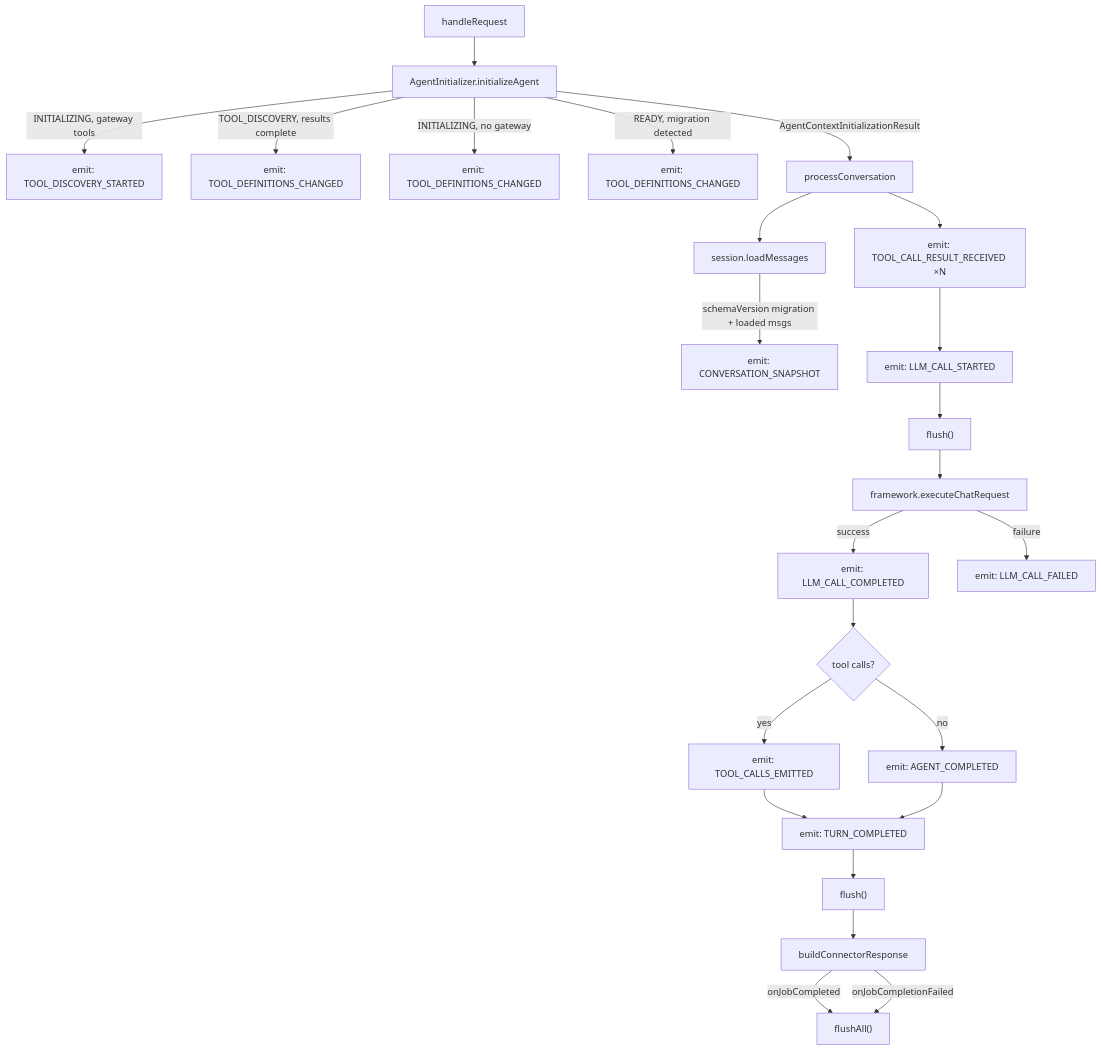
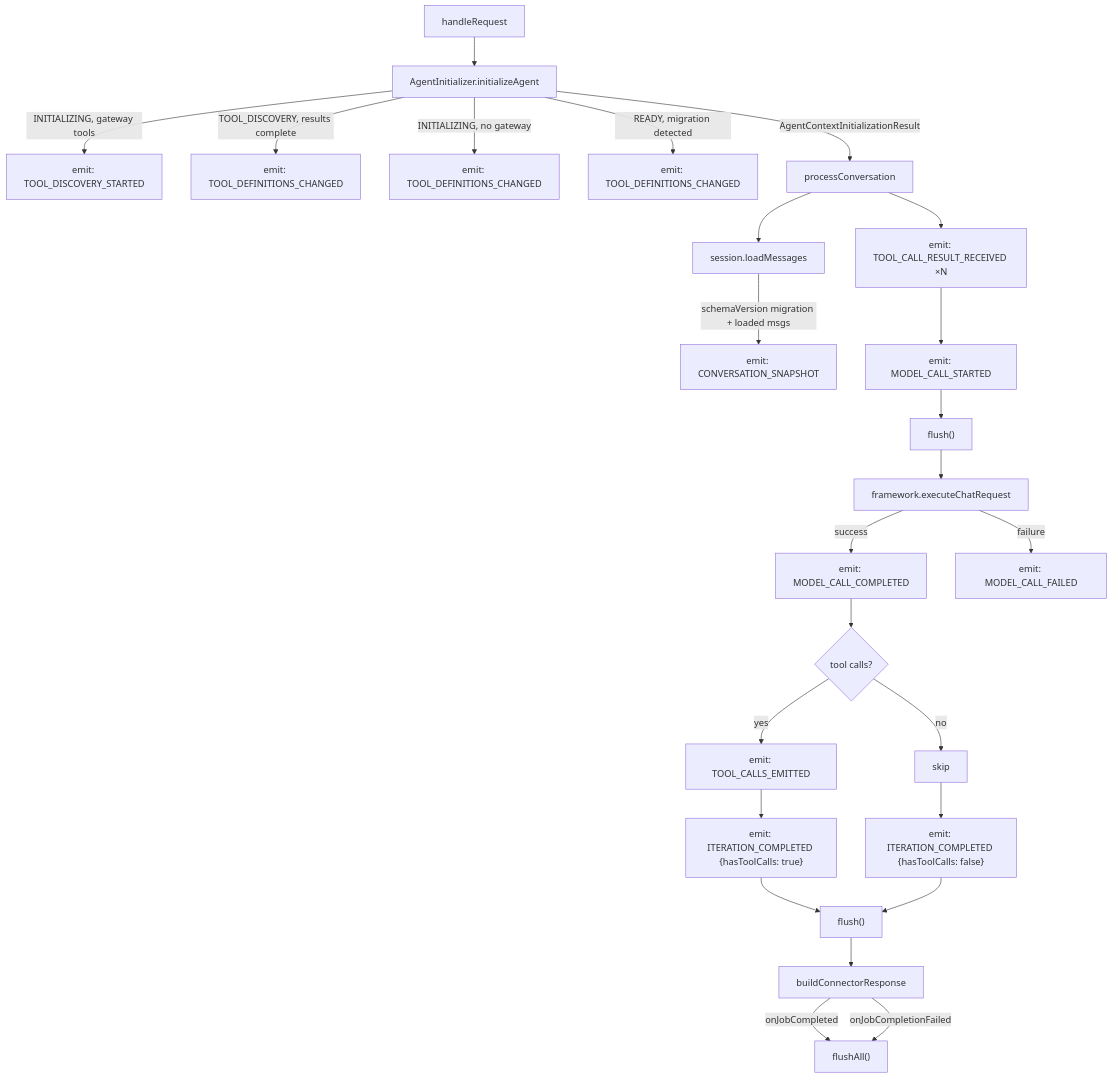
The sixth of 7 diagrams in connectors/agentic-ai/docs/tracing/design.md (camunda/connectors), drawn with Mermaid before and after one commit. The commit also changed other lines of this file and 1 other file, not shown here.

````diff
--- a/connectors/agentic-ai/docs/tracing/design.md
+++ b/connectors/agentic-ai/docs/tracing/design.md
@@ -699,27 +907,28 @@
 ```mermaid
 flowchart TD
     START[handleRequest] --> INIT[AgentInitializer.initializeAgent]
     INIT --> |INITIALIZING, gateway tools| TD_S["emit: TOOL_DISCOVERY_STARTED"]
     INIT --> |TOOL_DISCOVERY, results complete| TD_C["emit: TOOL_DEFINITIONS_CHANGED"]
     INIT --> |INITIALIZING, no gateway| TDC_INIT["emit: TOOL_DEFINITIONS_CHANGED"]
     INIT --> |READY, migration detected| TDC_MIG["emit: TOOL_DEFINITIONS_CHANGED"]
 
     INIT --> |AgentContextInitializationResult| PROC[processConversation]
     PROC --> LOAD[session.loadMessages]
     LOAD --> |schemaVersion migration + loaded msgs| SNAP["emit: CONVERSATION_SNAPSHOT"]
     PROC --> TCR["emit: TOOL_CALL_RESULT_RECEIVED ×N"]
-    TCR --> LLM_S["emit: LLM_CALL_STARTED"]
+    TCR --> LLM_S["emit: MODEL_CALL_STARTED"]
     LLM_S --> FLUSH1["flush()"]
     FLUSH1 --> LLM[framework.executeChatRequest]
-    LLM --> |success| LLM_C["emit: LLM_CALL_COMPLETED"]
-    LLM --> |failure| LLM_F["emit: LLM_CALL_FAILED"]
+    LLM --> |success| LLM_C["emit: MODEL_CALL_COMPLETED"]
+    LLM --> |failure| LLM_F["emit: MODEL_CALL_FAILED"]
     LLM_C --> TC{"tool calls?"}
     TC --> |yes| TCE["emit: TOOL_CALLS_EMITTED"]
-    TC --> |no| AC["emit: AGENT_COMPLETED"]
-    TCE --> TURN["emit: TURN_COMPLETED"]
-    AC --> TURN
-    TURN --> FLUSH2["flush()"]
+    TC --> |no| NOOP[skip]
+    TCE --> ITER["emit: ITERATION_COMPLETED {hasToolCalls: true}"]
+    NOOP --> ITER_END["emit: ITERATION_COMPLETED {hasToolCalls: false}"]
+    ITER --> FLUSH2["flush()"]
+    ITER_END --> FLUSH2
     FLUSH2 --> COMPLETE[buildConnectorResponse]
     COMPLETE --> |onJobCompleted| FLUSH_ALL["flushAll()"]
     COMPLETE --> |onJobCompletionFailed| FLUSH_ALL
 ```
````
